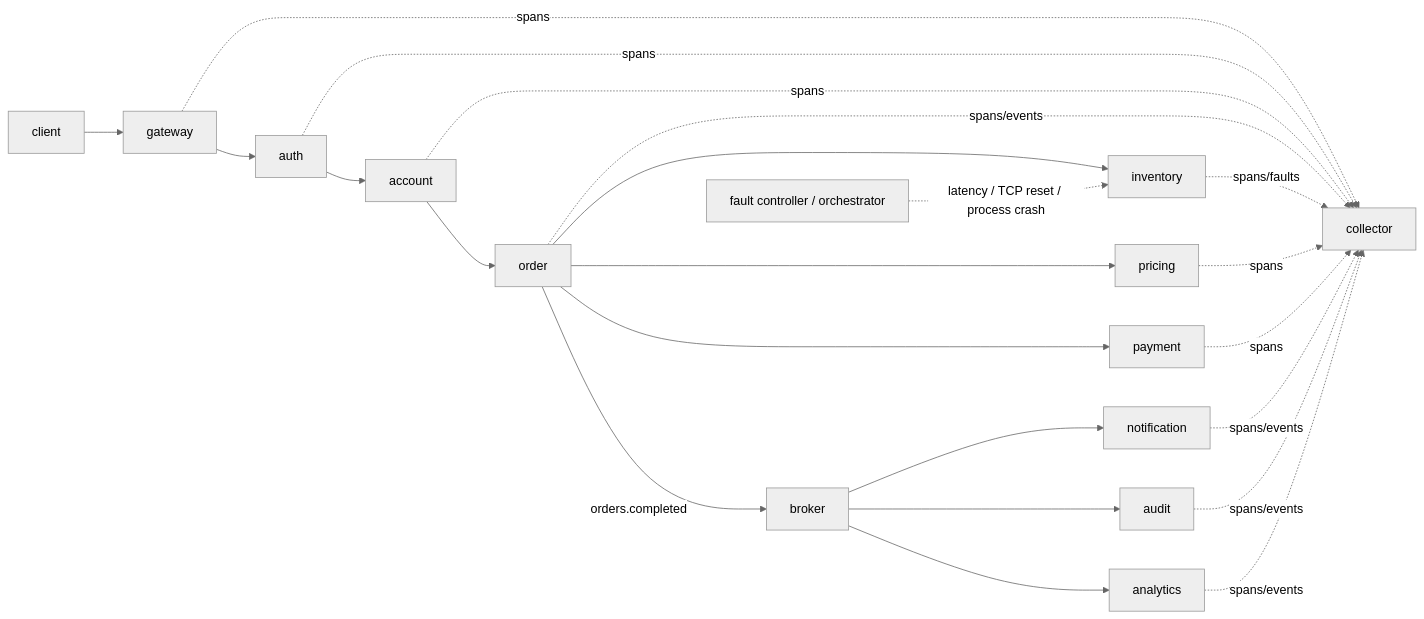
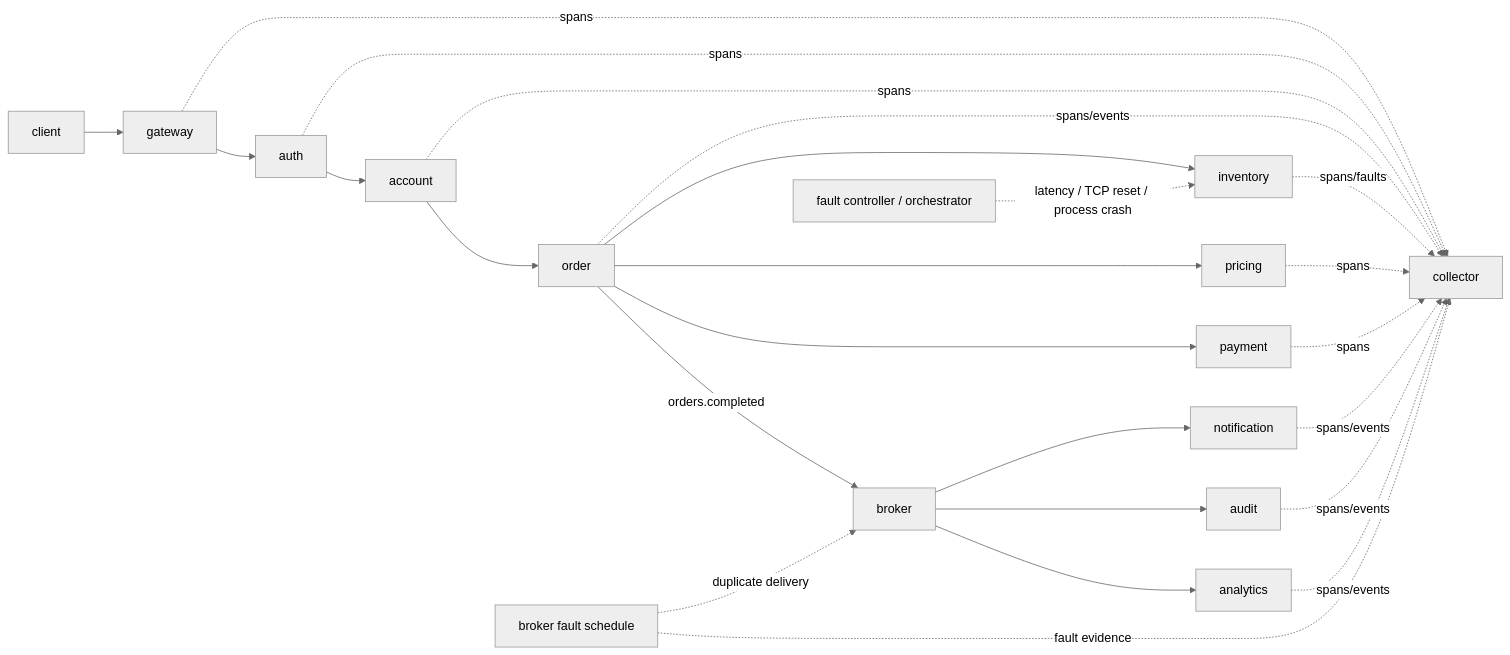
Before and after one commit to yjr28/kestrel-replay: the diagram in README.md, drawn with Mermaid (neutral theme). The commit also changed other lines of this file and 15 other files, not shown here.

````diff
--- a/README.md
+++ b/README.md
@@ -15,26 +15,28 @@
 ```mermaid
 flowchart LR
     C[client] --> G[gateway]
     G --> A[auth]
     A --> AC[account]
     AC --> O[order]
     O --> I[inventory]
     O --> P[pricing]
     O --> PAY[payment]
     O -->|orders.completed| B[broker]
     B --> N[notification]
     B --> AU[audit]
     B --> AN[analytics]
 
     FI[fault controller / orchestrator] -. latency / TCP reset / process crash .-> I
+    BF[broker fault schedule] -. duplicate delivery .-> B
     G -. spans .-> COL[collector]
     A -. spans .-> COL
     AC -. spans .-> COL
     O -. spans/events .-> COL
     I -. spans/faults .-> COL
     P -. spans .-> COL
     PAY -. spans .-> COL
     N -. spans/events .-> COL
     AU -. spans/events .-> COL
     AN -. spans/events .-> COL
+    BF -. fault evidence .-> COL
 ```
````
